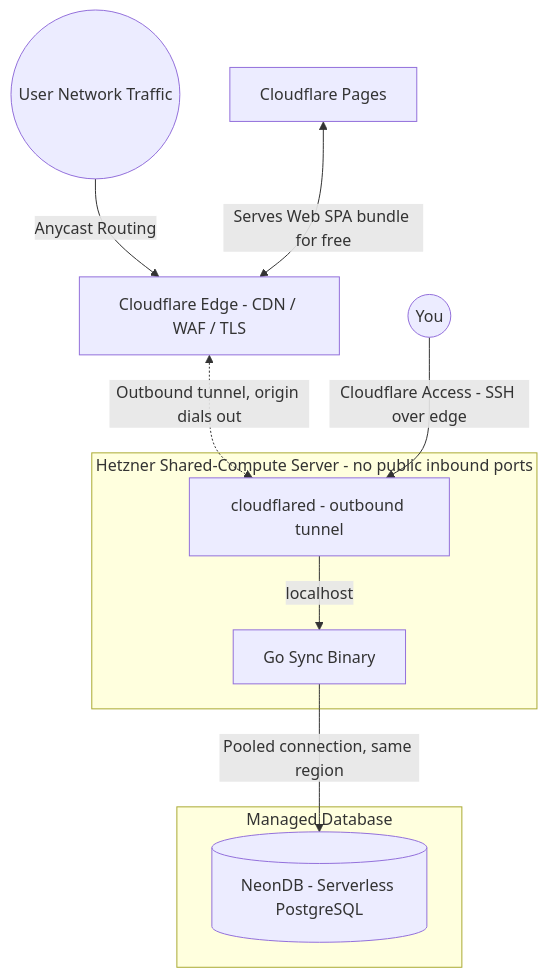
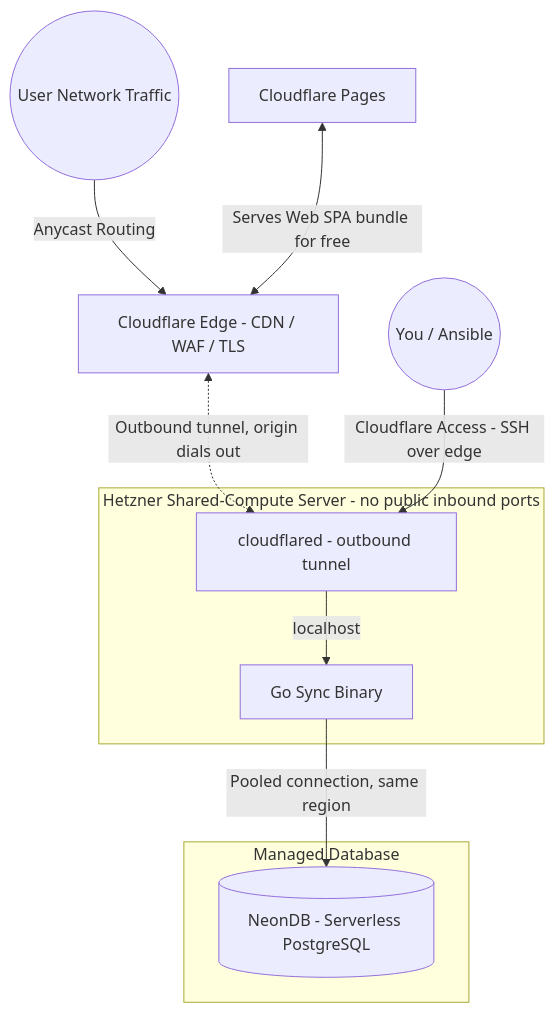
The sixth of 10 diagrams in docs/architecture.md (ducktivity/drinkwater), drawn with Mermaid before and after one commit. The commit also changed other lines of this file, not shown here.

Commit message:
docs: reflect Ansible and in-playbook goose migrations

````diff
--- a/docs/architecture.md
+++ b/docs/architecture.md
@@ -152,18 +152,18 @@
 ```mermaid
 graph TD
     Internet((User Network Traffic)) -->|Anycast Routing| CF[Cloudflare Edge - CDN / WAF / TLS]
 
     subgraph Hetzner Shared-Compute Server - no public inbound ports
         CFd[cloudflared - outbound tunnel] -->|localhost| Go[Go Sync Binary]
     end
 
     subgraph Managed Database
         Neon[(NeonDB - Serverless PostgreSQL)]
     end
 
     CF <-.->|Outbound tunnel, origin dials out| CFd
     Go -->|Pooled connection, same region| Neon
-    Admin((You)) -->|Cloudflare Access - SSH over edge| CFd
+    Admin((You / Ansible)) -->|Cloudflare Access - SSH over edge| CFd
     Static[Cloudflare Pages] <-->|Serves Web SPA bundle for free| CF
 
 ```
````
